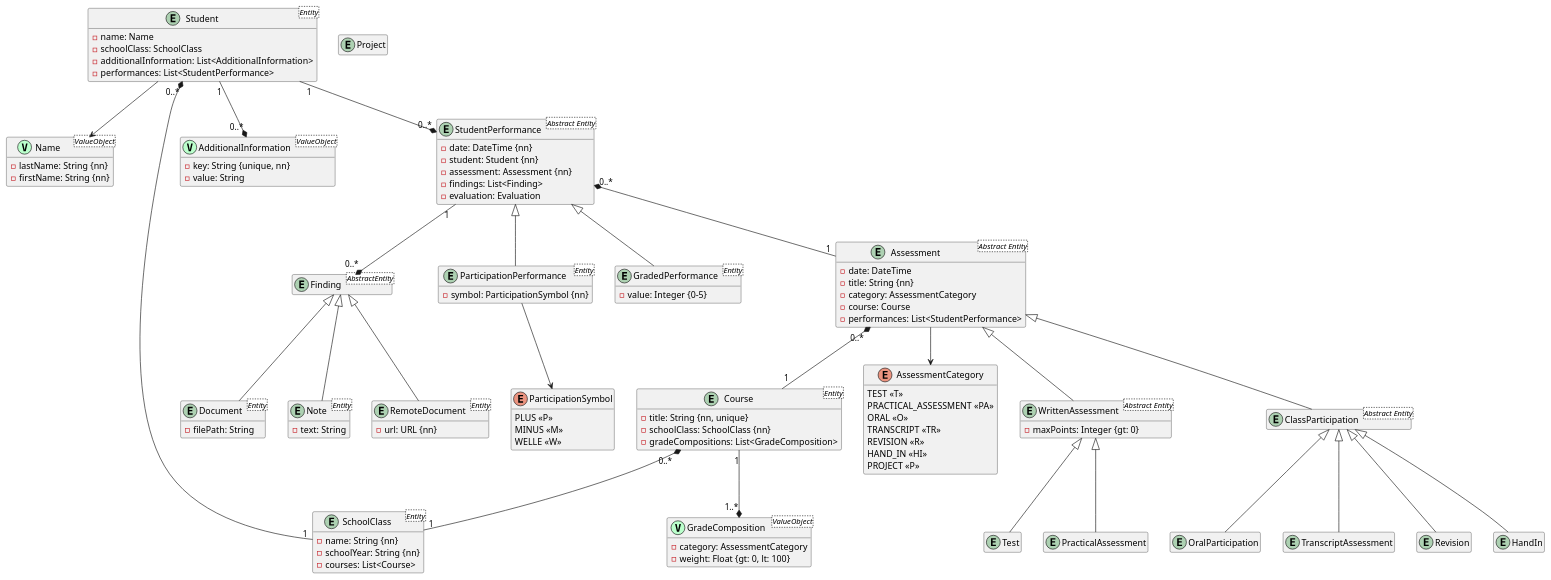
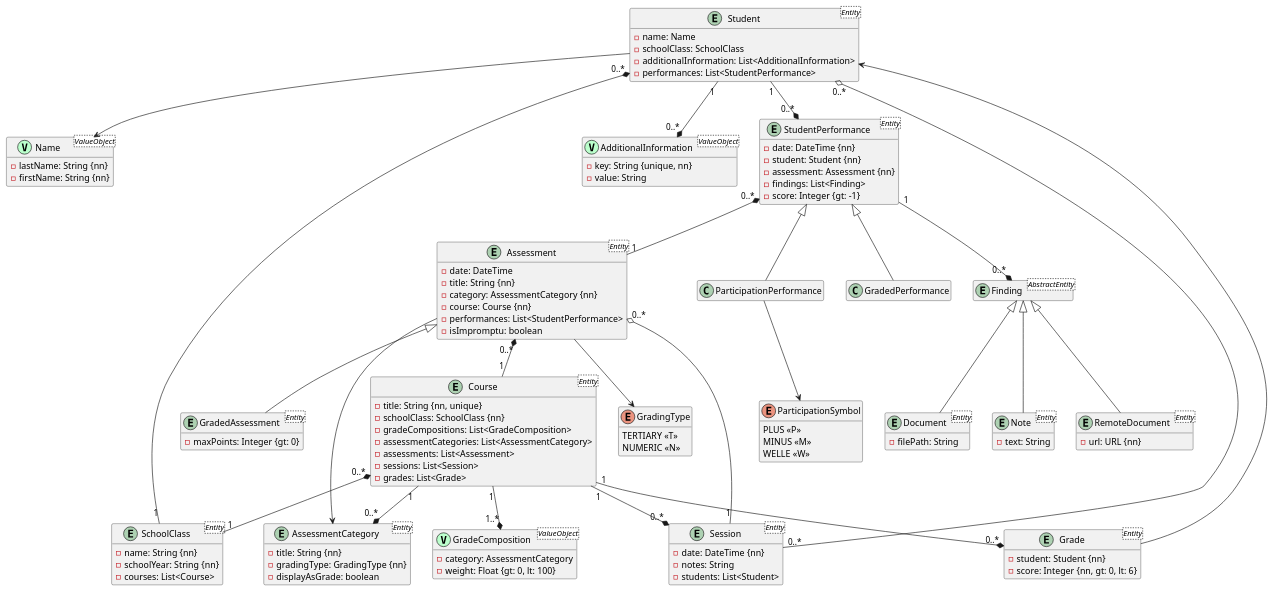
The diagram in puml/diagram.puml (mfreimueller/grader), drawn with PlantUML before and after one commit. The commit also changed 3 other files, not shown here.

```diff
--- a/puml/diagram.puml
+++ b/puml/diagram.puml
@@ -1,147 +1,148 @@
 @startuml
 'https://plantuml.com/class-diagram
 
 hide empty attributes
 hide empty methods
 
 enum ParticipationSymbol {
     PLUS <<P>>
     MINUS <<M>>
     WELLE <<W>>
+}
+
+enum GradingType {
+    TERTIARY <<T>>
+    NUMERIC <<N>>
 }
 
 entity Name <ValueObject> <<(V, bbFFcc)>> {
     - lastName: String {nn}
     - firstName: String {nn}
 }
 
 entity SchoolClass <Entity> {
     - name: String {nn}
     - schoolYear: String {nn}
     - courses: List<Course>
 }
 
 entity Student <Entity> {
     - name: Name
     - schoolClass: SchoolClass
     - additionalInformation: List<AdditionalInformation>
     - performances: List<StudentPerformance>
 }
 
 entity AdditionalInformation <ValueObject> <<(V, bbFFcc)>> {
     - key: String {unique, nn}
     - value: String
 }
 
-entity StudentPerformance <Abstract Entity> {
+entity StudentPerformance <Entity> {
     - date: DateTime {nn}
     - student: Student {nn}
     - assessment: Assessment {nn}
     - findings: List<Finding>
-    - evaluation: Evaluation
+    - score: Integer {gt: -1}
 }
 
 entity Finding <AbstractEntity> {
 
 }
 
 entity Document <Entity> {
     - filePath: String
 }
 
 entity Note <Entity> {
     - text: String
 }
 
 entity RemoteDocument <Entity> {
     - url: URL {nn}
 }
 
-entity ParticipationPerformance <Entity> {
-    - symbol: ParticipationSymbol {nn}
+entity AssessmentCategory <Entity> {
+    - title: String {nn}
+    - gradingType: GradingType {nn}
+    - displayAsGrade: boolean
 }
 
-entity GradedPerformance <Entity> {
-    - value: Integer {0-5}
+entity Assessment <Entity> {
+    - date: DateTime
+    - title: String {nn}
+    - category: AssessmentCategory {nn}
+    - course: Course {nn}
+    - performances: List<StudentPerformance>
+    - isImpromptu: boolean
 }
 
-entity Assessment <Abstract Entity> {
-    - date: DateTime
-    - title: String {nn}
-    - category: AssessmentCategory
-    - course: Course
-    - performances: List<StudentPerformance>
+entity GradedAssessment <Entity> {
+    - maxPoints: Integer {gt: 0}
 }
 
 entity Course <Entity> {
     - title: String {nn, unique}
     - schoolClass: SchoolClass {nn}
     - gradeCompositions: List<GradeComposition>
+    - assessmentCategories: List<AssessmentCategory>
+    - assessments: List<Assessment>
+    - sessions: List<Session>
+    - grades: List<Grade>
+}
+
+entity Session <Entity> {
+    - date: DateTime {nn}
+    - notes: String
+    - students: List<Student>
 }
 
 entity GradeComposition <ValueObject> <<(V, bbFFcc)>> {
     - category: AssessmentCategory
     - weight: Float {gt: 0, lt: 100}
 }
 
-enum AssessmentCategory {
-    TEST <<T>>
-    PRACTICAL_ASSESSMENT <<PA>>
-    ORAL <<O>>
-    TRANSCRIPT <<TR>>
-    REVISION <<R>>
-    HAND_IN <<HI>>
-    PROJECT <<P>>
+entity Grade <Entity> {
+    - student: Student {nn}
+    - score: Integer {nn, gt: 0, lt: 6}
 }
-
-entity WrittenAssessment <Abstract Entity> {
-    - maxPoints: Integer {gt: 0}
-}
-
-entity Test {}
-entity PracticalAssessment {}
-entity ClassParticipation <Abstract Entity> {}
-entity OralParticipation {}
-entity TranscriptAssessment {}
-entity Revision {}
-entity HandIn {}
-entity Project {}
 
 ' Relationships
 
 Student --> Name
 Student "1" --* "0..*" AdditionalInformation
 
 Student "0..*" *-- "1" SchoolClass
 Student "1" --* "0..*" StudentPerformance
 StudentPerformance "0..*" *-- "1" Assessment
 Assessment "0..*" *-- "1" Course
-Assessment --> AssessmentCategory
+Assessment --> GradingType
 Course "0..*" *-- "1" SchoolClass
 Course "1" --* "1..*" GradeComposition
+
+Student "0..*" o-- "0..*" Session
+Assessment "0..*" o-- "1" Session
+Course "1" --* "0..*" Session
 
 StudentPerformance "1" --* "0..*" Finding
 
 ParticipationPerformance --> ParticipationSymbol
+
+Assessment --> AssessmentCategory
+Course "1" --* "0..*" AssessmentCategory
+
+Student <-- Grade
+Course "1" --* "0..*" Grade
 
 ' Inheritance
 
 StudentPerformance <|-- ParticipationPerformance
 StudentPerformance <|-- GradedPerformance
 
-
 Finding <|-- Document
 Finding <|-- Note
 Finding <|-- RemoteDocument
 
-
-Assessment <|-- WrittenAssessment
-Assessment <|-- ClassParticipation
-WrittenAssessment <|-- Test
-WrittenAssessment <|-- PracticalAssessment
-ClassParticipation <|-- OralParticipation
-ClassParticipation <|-- TranscriptAssessment
-ClassParticipation <|-- Revision
-ClassParticipation <|-- HandIn
+Assessment <|-- GradedAssessment
 
 @enduml
```
